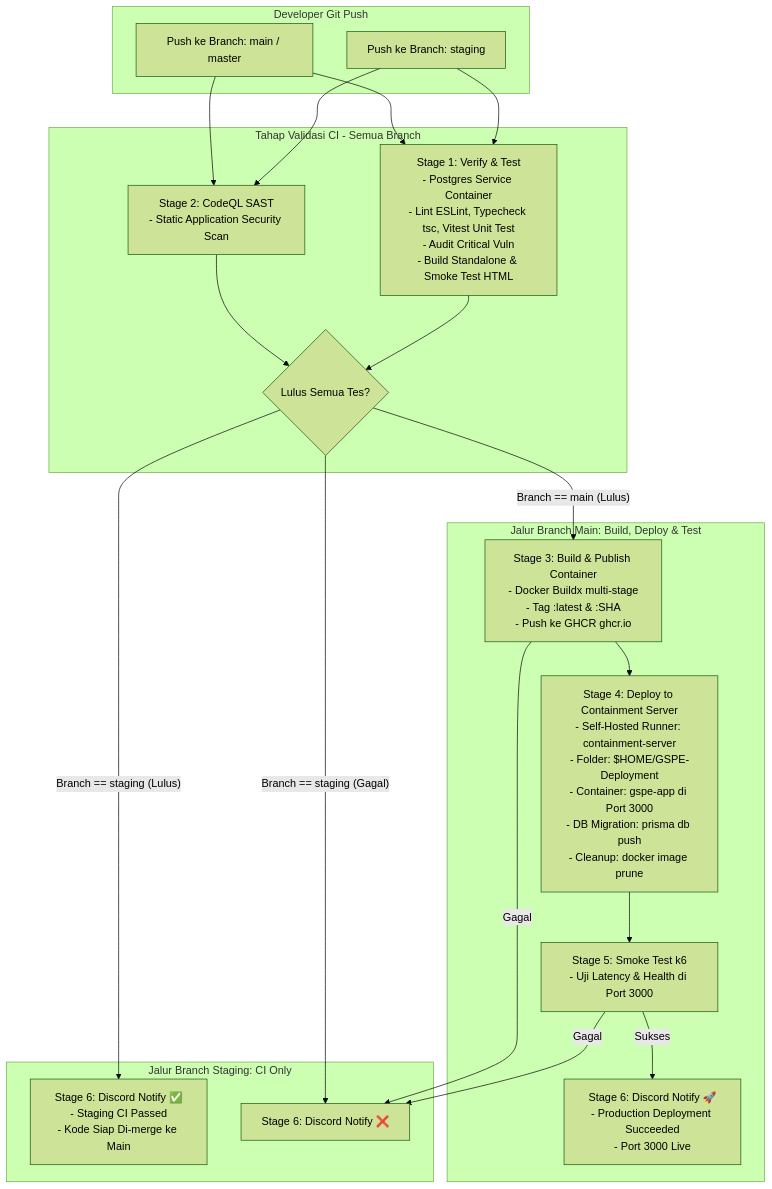
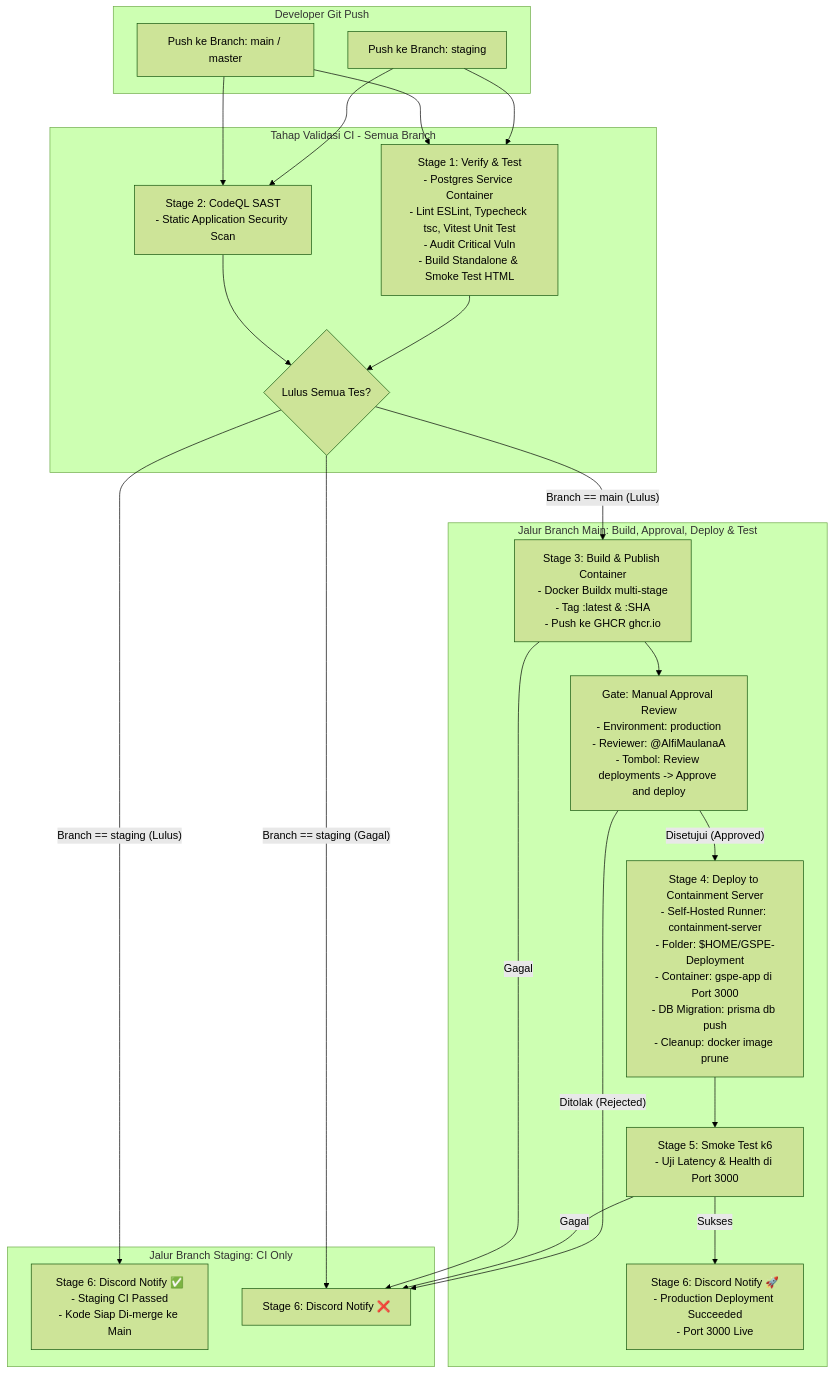
Before and after one commit to AlfiMaulanaA/GSPE-Deployment: the diagram in DOKUMENTASI_CICD_DAN_DOCKER.md, drawn with Mermaid (forest theme). The commit also changed other lines of this file and 1 other file, not shown here.

Commit message:
feat(ci): add manual approval gate for production deployment

````diff
--- a/DOKUMENTASI_CICD_DAN_DOCKER.md
+++ b/DOKUMENTASI_CICD_DAN_DOCKER.md
@@ -9,35 +9,38 @@
 ```mermaid
 flowchart TD
     subgraph Developer_Action [Developer Git Push]
         Dev_Staging[Push ke Branch: staging]
         Dev_Prod[Push ke Branch: main / master]
     end
 
     subgraph CI_Stage [Tahap Validasi CI - Semua Branch]
         Dev_Staging --> Verify[Stage 1: Verify & Test\n- Postgres Service Container\n- Lint ESLint, Typecheck tsc, Vitest Unit Test\n- Audit Critical Vuln\n- Build Standalone & Smoke Test HTML]
         Dev_Prod --> Verify
 
         Dev_Staging --> CodeQL[Stage 2: CodeQL SAST\n- Static Application Security Scan]
         Dev_Prod --> CodeQL
 
         Verify --> Gate{Lulus Semua Tes?}
         CodeQL --> Gate
     end
 
     subgraph Staging_Path [Jalur Branch Staging: CI Only]
         Gate -- Branch == staging (Lulus) --> Notify_Staging_Pass[Stage 6: Discord Notify ✅\n- Staging CI Passed\n- Kode Siap Di-merge ke Main]
         Gate -- Branch == staging (Gagal) --> Notify_Fail[Stage 6: Discord Notify ❌]
     end
 
-    subgraph Production_Path [Jalur Branch Main: Build, Deploy & Test]
+    subgraph Production_Path [Jalur Branch Main: Build, Approval, Deploy & Test]
         Gate -- Branch == main (Lulus) --> Build_Push[Stage 3: Build & Publish Container\n- Docker Buildx multi-stage\n- Tag :latest & :SHA\n- Push ke GHCR ghcr.io]
 
-        Build_Push --> Runner_Prod[Stage 4: Deploy to Containment Server\n- Self-Hosted Runner: containment-server\n- Folder: $HOME/GSPE-Deployment\n- Container: gspe-app di Port 3000\n- DB Migration: prisma db push\n- Cleanup: docker image prune]
+        Build_Push --> Approval[Gate: Manual Approval Review\n- Environment: production\n- Reviewer: @AlfiMaulanaA\n- Tombol: Review deployments -> Approve and deploy]
+
+        Approval -- Disetujui (Approved) --> Runner_Prod[Stage 4: Deploy to Containment Server\n- Self-Hosted Runner: containment-server\n- Folder: $HOME/GSPE-Deployment\n- Container: gspe-app di Port 3000\n- DB Migration: prisma db push\n- Cleanup: docker image prune]
+        Approval -- Ditolak (Rejected) --> Notify_Fail
 
         Runner_Prod --> Smoke_Prod[Stage 5: Smoke Test k6\n- Uji Latency & Health di Port 3000]
 
         Smoke_Prod -- Sukses --> Notify_Prod_Pass[Stage 6: Discord Notify 🚀\n- Production Deployment Succeeded\n- Port 3000 Live]
         Smoke_Prod -- Gagal --> Notify_Fail
         Build_Push -- Gagal --> Notify_Fail
     end
 ```
````
